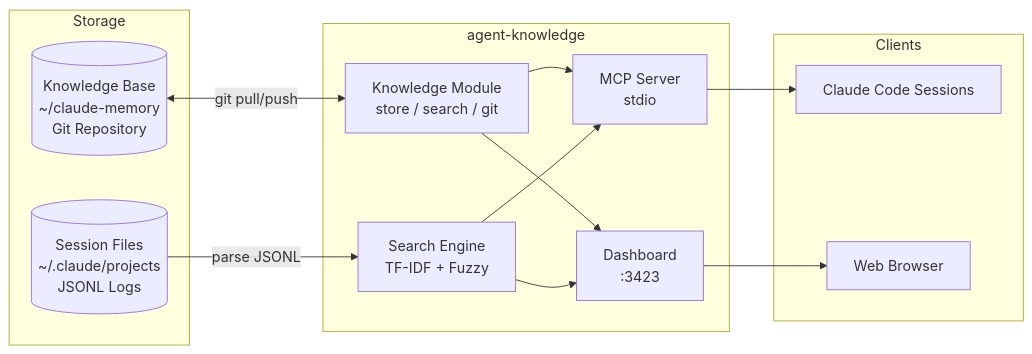
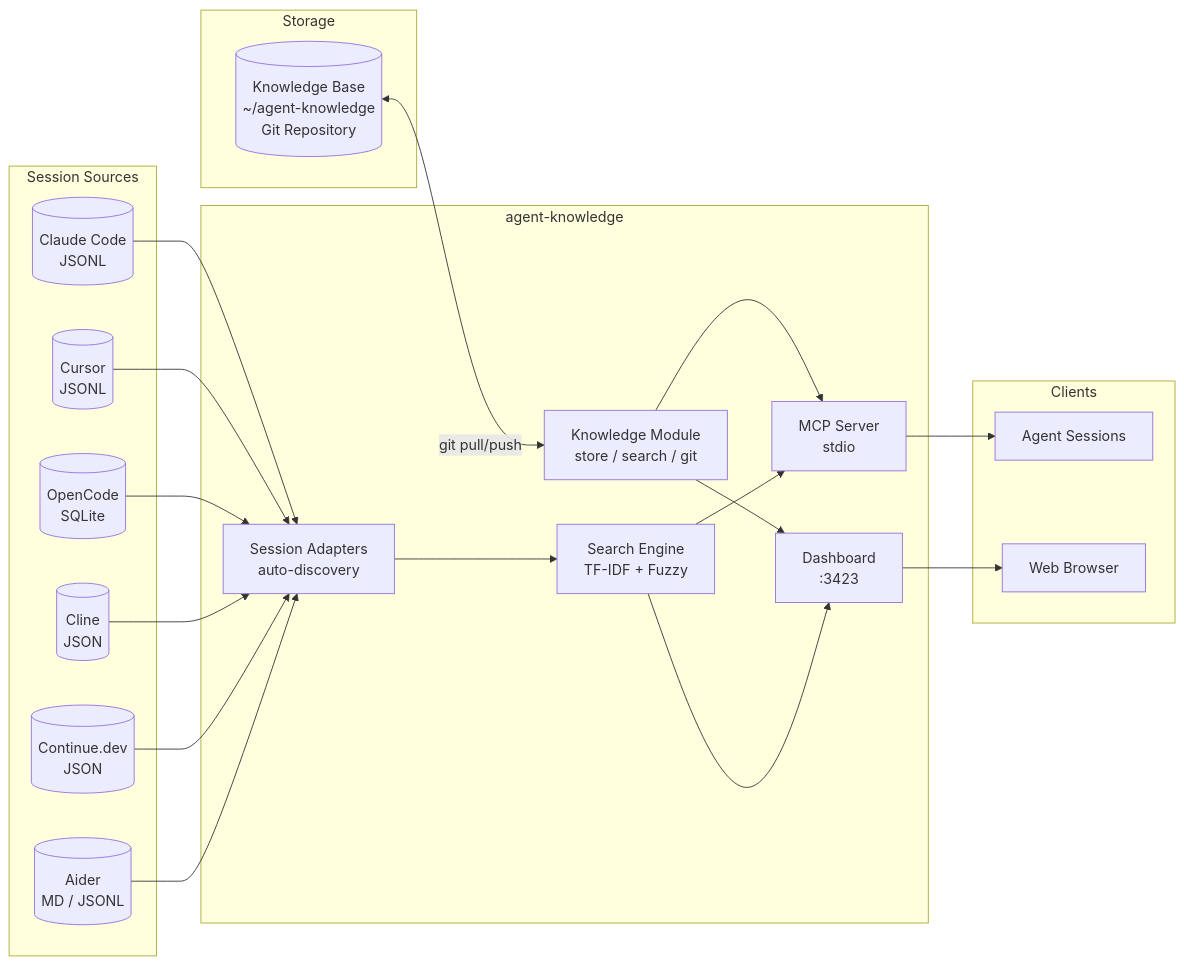
One commit to keshrath/agent-cortex changed the diagram in README.md. Above: the diagram before and after it, drawn with Mermaid. The commit also changed other lines of this file and 25 other files, not shown here.

First line of the commit message:
v1.1.0: generic multi-tool session support, remove Claude Code coupling

````diff
--- a/README.md
+++ b/README.md
@@ -116,28 +127,43 @@
 ```mermaid
 graph LR
     subgraph Storage
-        KB[(Knowledge Base<br/>~/claude-memory<br/>Git Repository)]
-        SF[(Session Files<br/>~/.claude/projects<br/>JSONL Logs)]
+        KB[(Knowledge Base<br/>~/agent-knowledge<br/>Git Repository)]
+    end
+
+    subgraph Session Sources
+        CC[(Claude Code<br/>JSONL)]
+        CU[(Cursor<br/>JSONL)]
+        OC[(OpenCode<br/>SQLite)]
+        CL[(Cline<br/>JSON)]
+        CD[(Continue.dev<br/>JSON)]
+        AI[(Aider<br/>MD / JSONL)]
     end
 
     subgraph agent-knowledge
         KM[Knowledge Module<br/>store / search / git]
+        AD[Session Adapters<br/>auto-discovery]
         SE[Search Engine<br/>TF-IDF + Fuzzy]
         DS[Dashboard<br/>:3423]
         MCP[MCP Server<br/>stdio]
     end
 
     subgraph Clients
-        CC[Claude Code Sessions]
+        AG[Agent Sessions]
         WB[Web Browser]
     end
 
     KB <-->|git pull/push| KM
-    SF -->|parse JSONL| SE
+    CC --> AD
+    CU --> AD
+    OC --> AD
+    CL --> AD
+    CD --> AD
+    AI --> AD
+    AD --> SE
     KM --> MCP
     SE --> MCP
     KM --> DS
     SE --> DS
-    MCP --> CC
+    MCP --> AG
     DS --> WB
 ```
````
